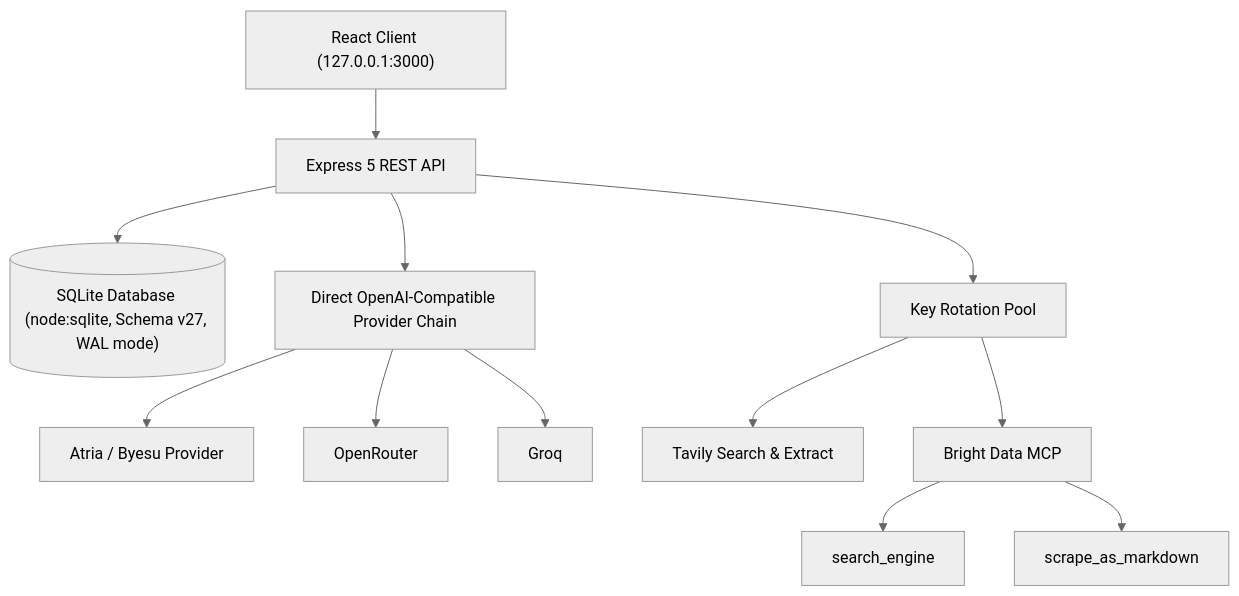
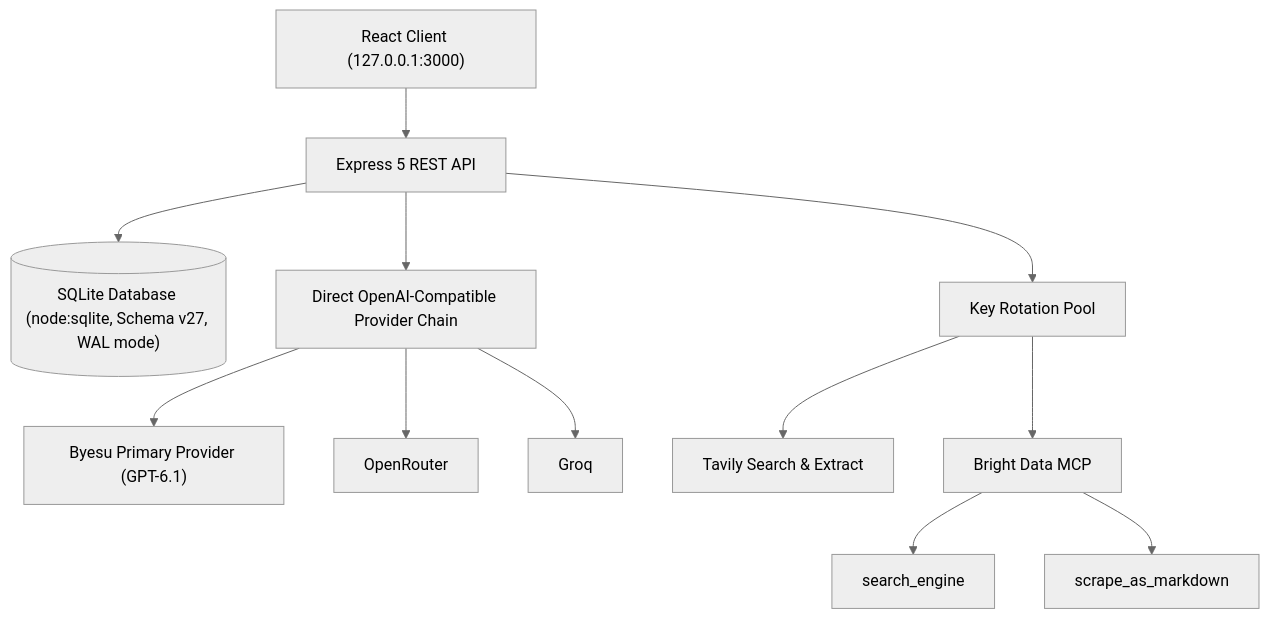
The second of 2 diagrams in README.md (AliasHolmes/Apex-CRM), drawn with Mermaid (neutral theme) before and after one commit. The commit also changed other lines of this file and 60 other files, not shown here.

First line of the commit message:
feat(engine): implement architectural hardening plan (W1-W5) and Byesu GPT-6.1 migration

````diff
--- a/README.md
+++ b/README.md
@@ -203,16 +202,16 @@
 ```mermaid
 graph TD
     UI["React Client (127.0.0.1:3000)"] --> API["Express 5 REST API"]
     API --> DB[("SQLite Database (node:sqlite, Schema v27, WAL mode)")]
 
     API --> Direct["Direct OpenAI-Compatible Provider Chain"]
-    Direct --> Primary["Atria / Byesu Provider"]
+    Direct --> Primary["Byesu Primary Provider (GPT-6.1)"]
     Direct --> OpenRouter["OpenRouter"]
     Direct --> Groq["Groq"]
 
     API --> KeyRotator["Key Rotation Pool"]
     KeyRotator --> Tavily["Tavily Search & Extract"]
     KeyRotator --> MCP["Bright Data MCP"]
     MCP --> BDSearch["search_engine"]
     MCP --> BDScrape["scrape_as_markdown"]
 ```
````
